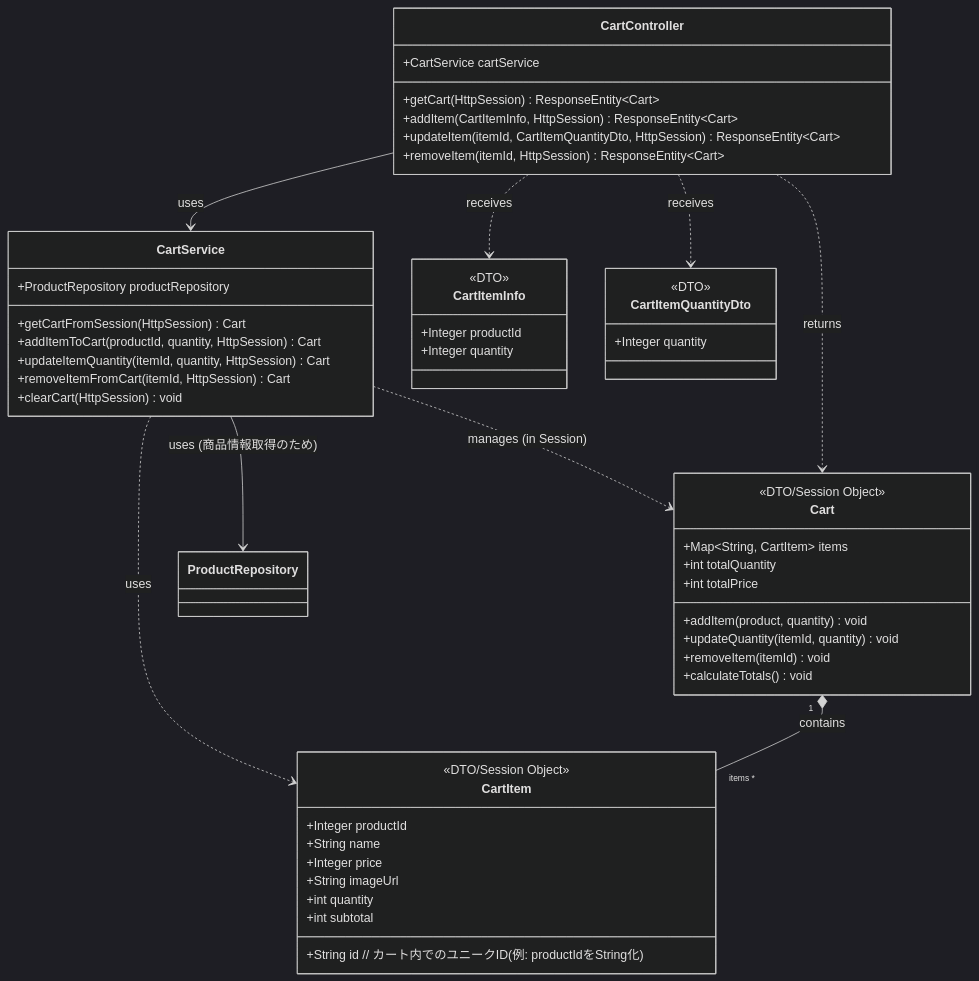
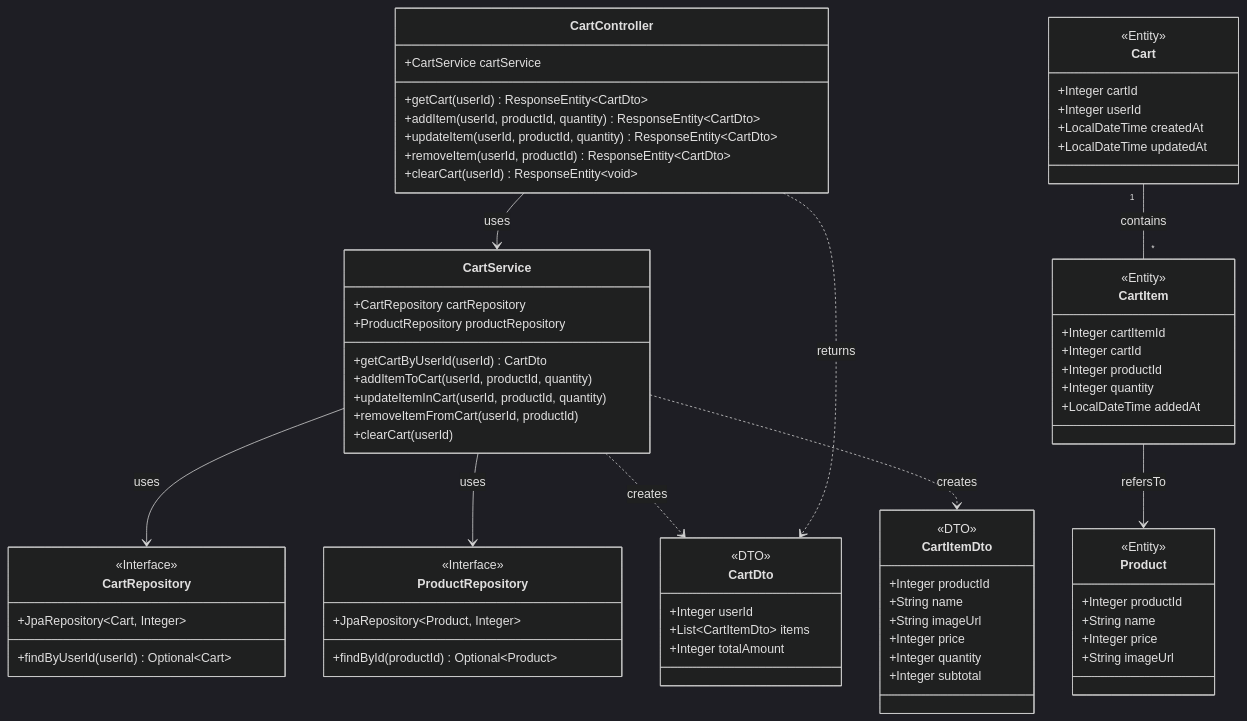
One commit to natsumiumeda/Jobs changed diagram 12 of 15 in 詳細設計/詳細設計書の例（必須機能のみ）.md. Above: the diagram before and after it, drawn with Mermaid (dark theme). The commit also changed other lines of this file, not shown here.

```diff
--- a/詳細設計/詳細設計書の例（必須機能のみ）.md
+++ b/詳細設計/詳細設計書の例（必須機能のみ）.md
@@ -589,56 +633,84 @@
 classDiagram
     class CartController {
         +CartService cartService
-        +getCart(HttpSession) ResponseEntity~Cart~
-        +addItem(CartItemInfo, HttpSession) ResponseEntity~Cart~
-        +updateItem(itemId, CartItemQuantityDto, HttpSession) ResponseEntity~Cart~
-        +removeItem(itemId, HttpSession) ResponseEntity~Cart~
+        +getCart(userId) ResponseEntity~CartDto~
+        +addItem(userId, productId, quantity) ResponseEntity~CartDto~
+        +updateItem(userId, productId, quantity) ResponseEntity~CartDto~
+        +removeItem(userId, productId) ResponseEntity~CartDto~
+        +clearCart(userId) ResponseEntity~void~
     }
+
     class CartService {
+        +CartRepository cartRepository
         +ProductRepository productRepository
-        +getCartFromSession(HttpSession) Cart
-        +addItemToCart(productId, quantity, HttpSession) Cart
-        +updateItemQuantity(itemId, quantity, HttpSession) Cart
-        +removeItemFromCart(itemId, HttpSession) Cart
-        +clearCart(HttpSession) void
+        +getCartByUserId(userId) CartDto
+        +addItemToCart(userId, productId, quantity)
+        +updateItemInCart(userId, productId, quantity)
+        +removeItemFromCart(userId, productId)
+        +clearCart(userId)
     }
+
+    class CartRepository {
+        <<Interface>>
+        +JpaRepository~Cart, Integer~
+        +findByUserId(userId) Optional~Cart~
+    }
+
+    class ProductRepository {
+        <<Interface>>
+        +JpaRepository~Product, Integer~
+        +findById(productId) Optional~Product~
+    }
+
     class Cart {
-        <<DTO/Session Object>>
-        +Map~String, CartItem~ items
-        +int totalQuantity
-        +int totalPrice
-        +addItem(product, quantity) void
-        +updateQuantity(itemId, quantity) void
-        +removeItem(itemId) void
-        +calculateTotals() void
+        <<Entity>>
+        +Integer cartId
+        +Integer userId
+        +LocalDateTime createdAt
+        +LocalDateTime updatedAt
     }
+
     class CartItem {
-        <<DTO/Session Object>>
-        +String id  // カート内でのユニークID (例: productIdをString化)
+        <<Entity>>
+        +Integer cartItemId
+        +Integer cartId
+        +Integer productId
+        +Integer quantity
+        +LocalDateTime addedAt
+    }
+
+    class Product {
+        <<Entity>>
         +Integer productId
         +String name
         +Integer price
         +String imageUrl
-        +int quantity
-        +int subtotal
     }
-    class CartItemInfo{
+
+    class CartDto {
+        <<DTO>>
+        +Integer userId
+        +List~CartItemDto~ items
+        +Integer totalAmount
+    }
+
+    class CartItemDto {
         <<DTO>>
         +Integer productId
+        +String name
+        +String imageUrl
+        +Integer price
         +Integer quantity
+        +Integer subtotal
     }
-     class CartItemQuantityDto{
-        <<DTO>>
-        +Integer quantity
-    }
+    CartController --> CartService : uses
+    CartService --> CartRepository : uses
+    CartService --> ProductRepository : uses
 
+    Cart "1" -- "*" CartItem : contains
+    CartItem --> Product : refersTo
 
-    CartController --> CartService : uses
-    CartService --> ProductRepository : uses (商品情報取得のため)
-    CartService ..> Cart : manages (in Session)
-    CartService ..> CartItem : uses
-    Cart "1" *-- "items *" CartItem : contains
-    CartController ..> Cart : returns
-    CartController ..> CartItemInfo : receives
-    CartController ..> CartItemQuantityDto : receives
+    CartService ..> CartDto : creates
+    CartService ..> CartItemDto : creates
+    CartController ..> CartDto : returns
 </div>
```
